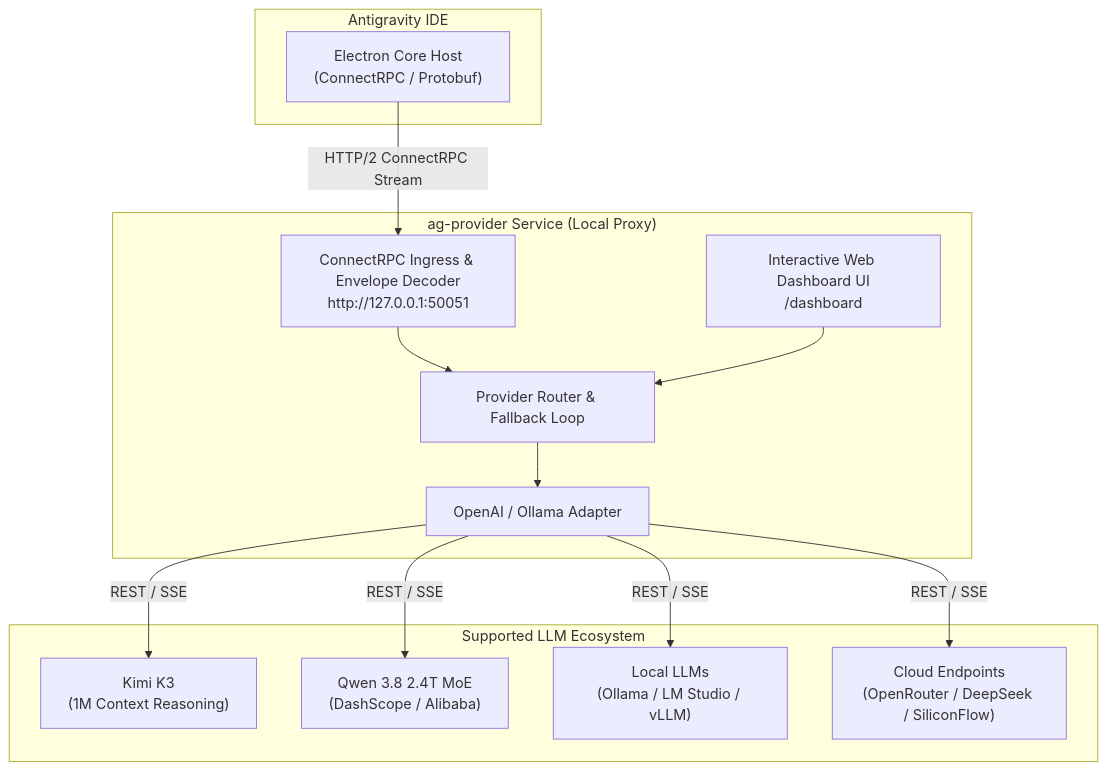
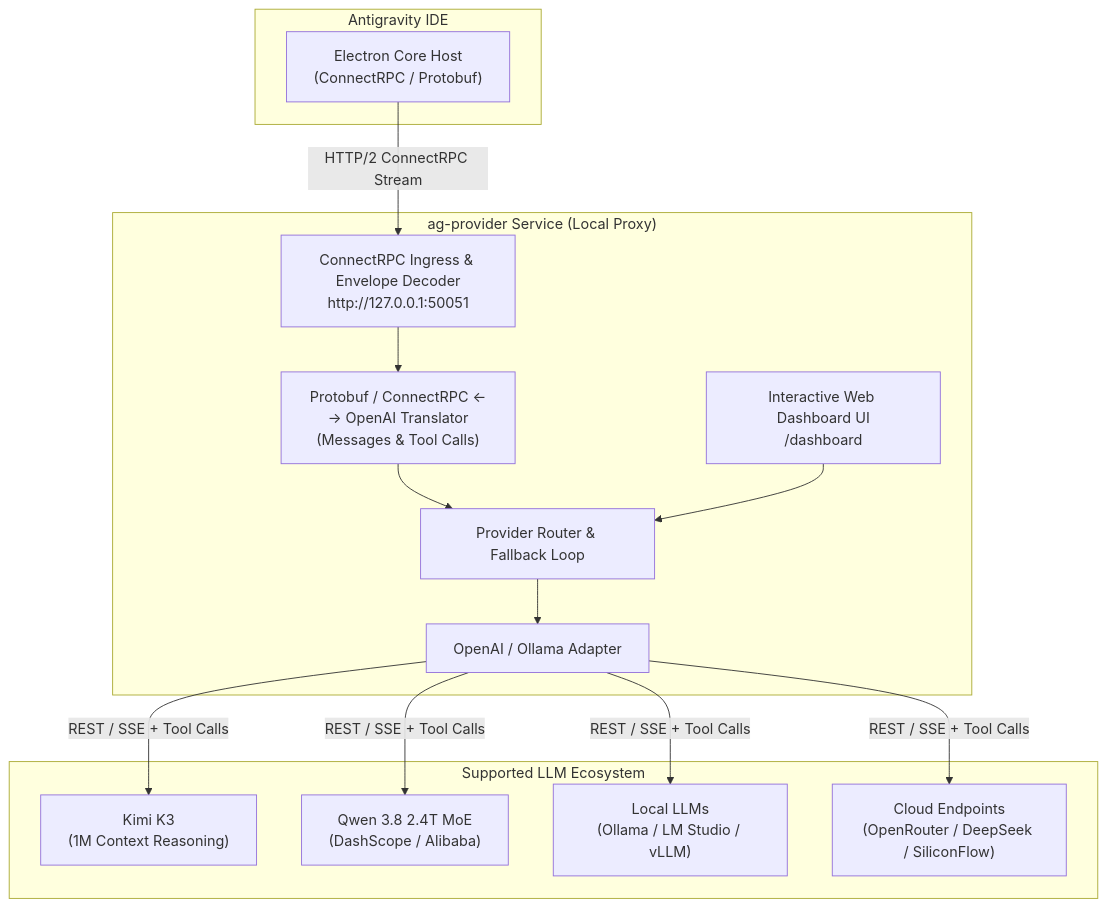
Before and after one commit to linces/AntigravityUnLocker: the diagram in README.md, drawn with Mermaid. The commit also changed other lines of this file and 6 other files, not shown here.

````diff
--- a/README.md
+++ b/README.md
@@ -41,29 +42,31 @@
 ```mermaid
 flowchart TD
     subgraph Client["Antigravity IDE"]
         IDE["Electron Core Host<br/>(ConnectRPC / Protobuf)"]
     end
 
     subgraph Bridge["ag-provider Service (Local Proxy)"]
         RPC["ConnectRPC Ingress & Envelope Decoder<br/>http://127.0.0.1:50051"]
+        TRANSLATOR["Protobuf / ConnectRPC <--> OpenAI Translator<br/>(Messages & Tool Calls)"]
         ROUTER["Provider Router & Fallback Loop"]
         ADAPTER["OpenAI / Ollama Adapter"]
         DASHBOARD["Interactive Web Dashboard UI<br/>/dashboard"]
-        RPC --> ROUTER
+        RPC --> TRANSLATOR
+        TRANSLATOR --> ROUTER
         ROUTER --> ADAPTER
         DASHBOARD --> ROUTER
     end
 
     subgraph Backends["Supported LLM Ecosystem"]
         KIMI["Kimi K3<br/>(1M Context Reasoning)"]
         QWEN38["Qwen 3.8 2.4T MoE<br/>(DashScope / Alibaba)"]
         OLLAMA["Local LLMs<br/>(Ollama / LM Studio / vLLM)"]
         CLOUD["Cloud Endpoints<br/>(OpenRouter / DeepSeek / SiliconFlow)"]
     end
 
     IDE -->|HTTP/2 ConnectRPC Stream| RPC
-    ADAPTER -->|REST / SSE| KIMI
-    ADAPTER -->|REST / SSE| QWEN38
-    ADAPTER -->|REST / SSE| OLLAMA
-    ADAPTER -->|REST / SSE| CLOUD
+    ADAPTER -->|REST / SSE + Tool Calls| KIMI
+    ADAPTER -->|REST / SSE + Tool Calls| QWEN38
+    ADAPTER -->|REST / SSE + Tool Calls| OLLAMA
+    ADAPTER -->|REST / SSE + Tool Calls| CLOUD
 ```
````
